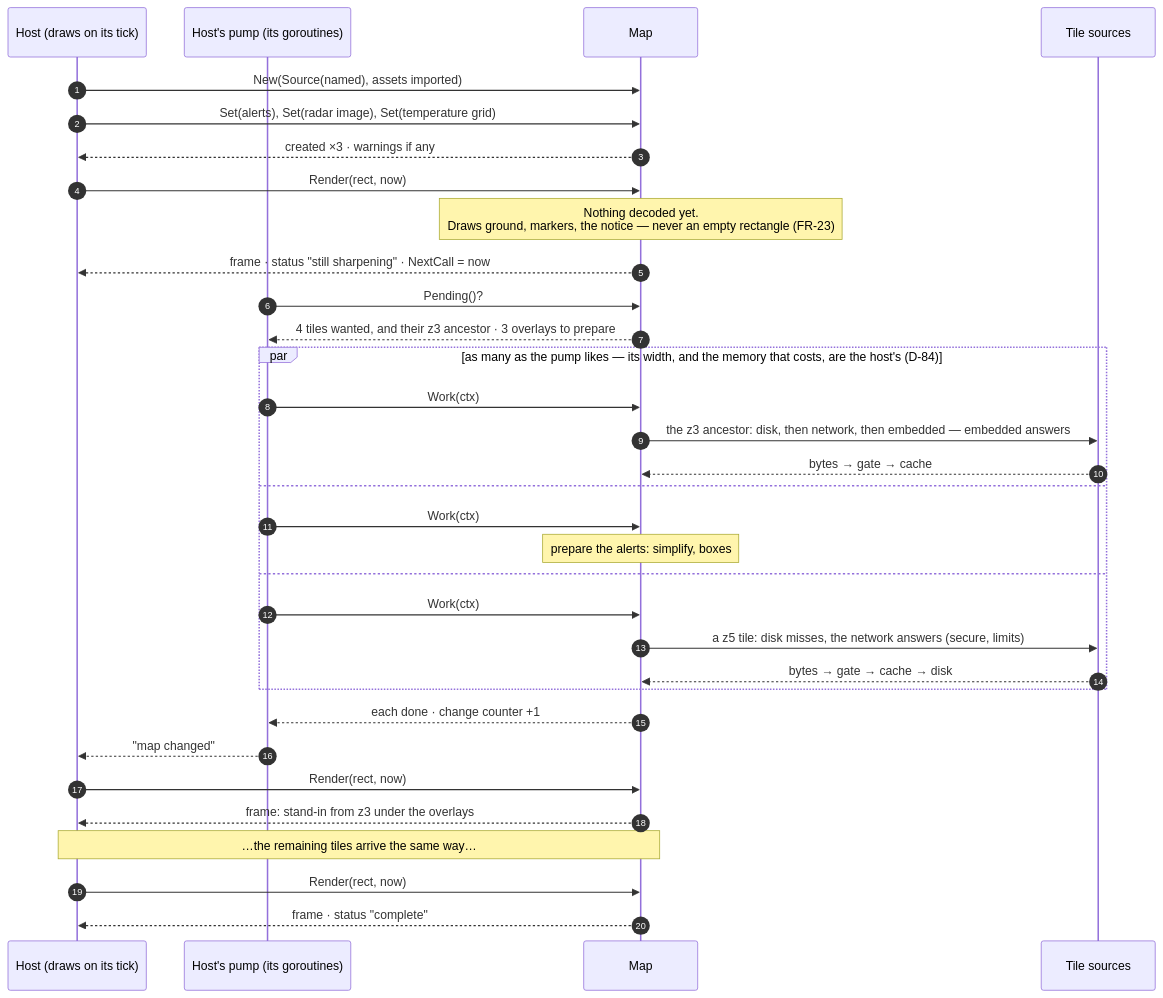
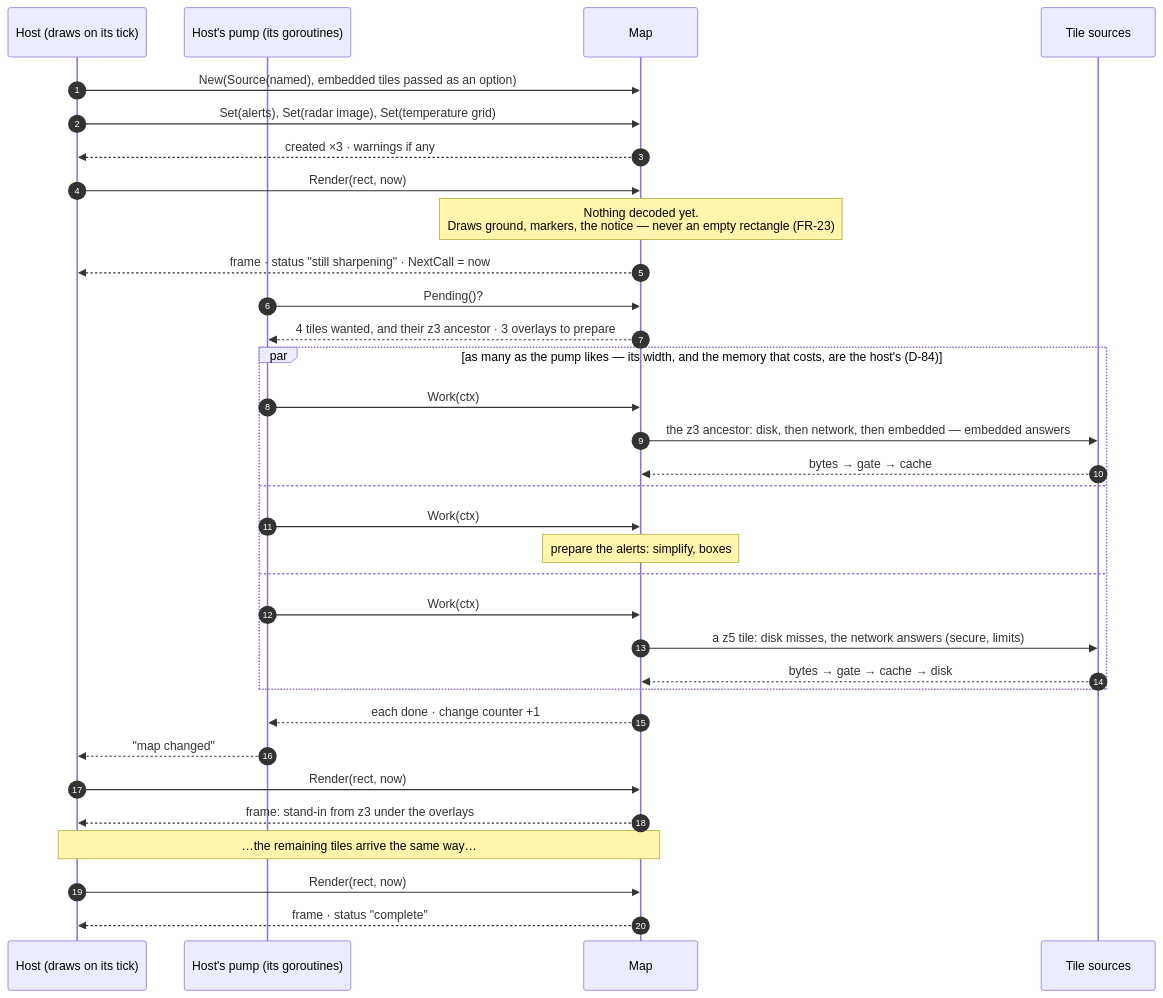
One commit to branden-thompson/go-tuimaps changed the first of 4 diagrams in 06_docs/02_features/go-tuimaps/03-architecture-design/L3-sequences.md. Above: the diagram before and after it, drawn with Mermaid. The commit also changed other lines of this file and 111 other files, not shown here.

First line of the commit message:
Add the tile generator and the embedded tiles (WP-04)

````diff
--- a/06_docs/02_features/go-tuimaps/03-architecture-design/L3-sequences.md
+++ b/06_docs/02_features/go-tuimaps/03-architecture-design/L3-sequences.md
@@ -9,35 +9,35 @@
 ```mermaid
 sequenceDiagram
     autonumber
     participant H as Host (draws on its tick)
     participant P as Host's pump (its goroutines)
     participant M as Map
     participant T as Tile sources
-    H->>M: New(Source(named), assets imported)
+    H->>M: New(Source(named), embedded tiles passed as an option)
     H->>M: Set(alerts), Set(radar image), Set(temperature grid)
     M-->>H: created ×3 · warnings if any
     H->>M: Render(rect, now)
     Note over M: Nothing decoded yet.<br/>Draws ground, markers, the notice — never an empty rectangle (FR-23)
     M-->>H: frame · status "still sharpening" · NextCall = now
     P->>M: Pending()?
     M-->>P: 4 tiles wanted, and their z3 ancestor · 3 overlays to prepare
     par as many as the pump likes — its width, and the memory that costs, are the host's (D-84)
         P->>M: Work(ctx)
         M->>T: the z3 ancestor: disk, then network, then embedded — embedded answers
         T-->>M: bytes → gate → cache
     and
         P->>M: Work(ctx)
         Note over M: prepare the alerts: simplify, boxes
     and
         P->>M: Work(ctx)
         M->>T: a z5 tile: disk misses, the network answers (secure, limits)
         T-->>M: bytes → gate → cache → disk
     end
     M-->>P: each done · change counter +1
     P-->>H: "map changed"
     H->>M: Render(rect, now)
     M-->>H: frame: stand-in from z3 under the overlays
     Note over H,M: …the remaining tiles arrive the same way…
     H->>M: Render(rect, now)
     M-->>H: frame · status "complete"
 ```
````
